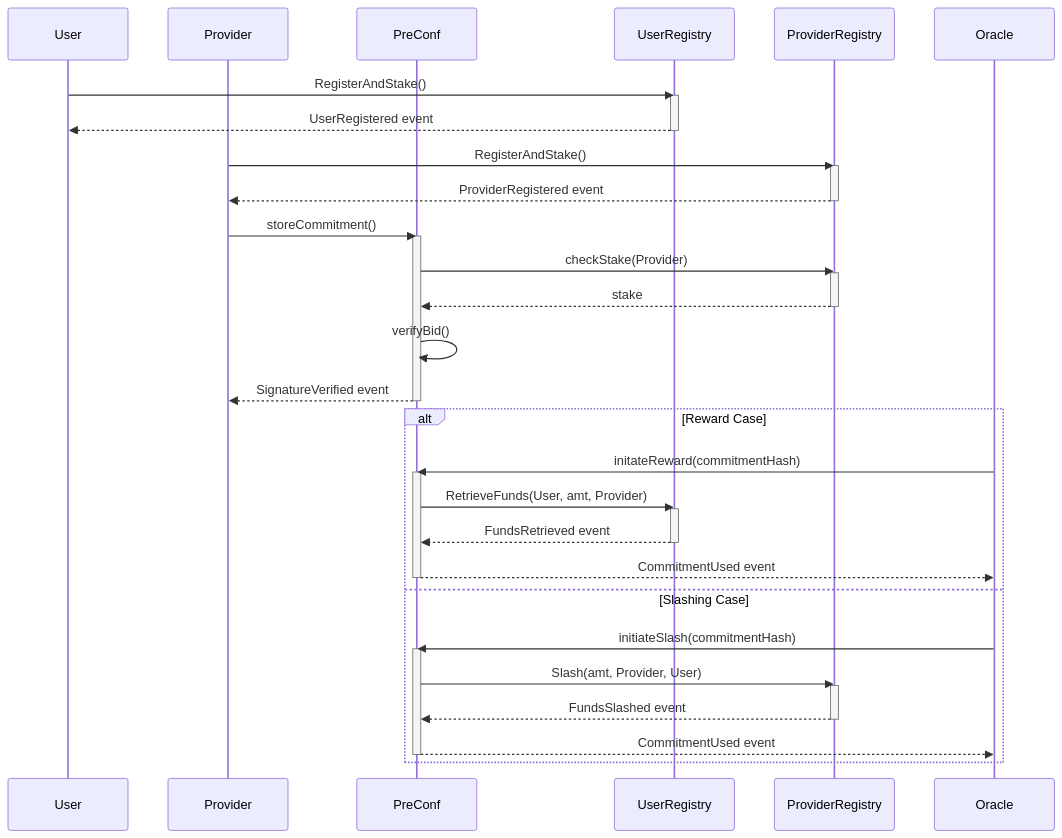
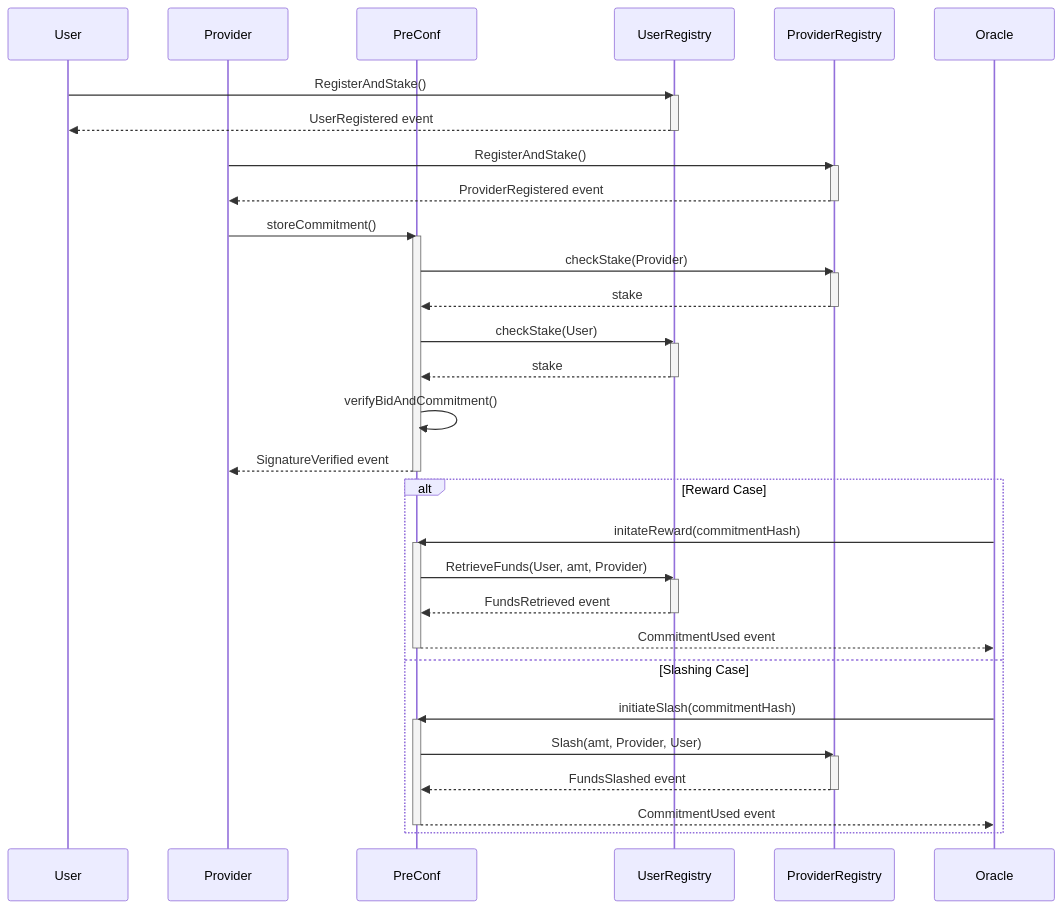
Before and after one commit to primev/contracts: the diagram in README.md, drawn with Mermaid.

Commit message:
Updates the details for the mermaid diagram.

````diff
--- a/README.md
+++ b/README.md
@@ -58,54 +58,59 @@
 ```mermaid
 sequenceDiagram
     participant User
     participant Provider
     participant PreConf
     participant UserRegistry
     participant ProviderRegistry
     participant Oracle
 
     User->>UserRegistry: RegisterAndStake()
     activate UserRegistry
     UserRegistry-->>User: UserRegistered event
     deactivate UserRegistry
 
     Provider->>ProviderRegistry: RegisterAndStake()
     activate ProviderRegistry
     ProviderRegistry-->>Provider: ProviderRegistered event
     deactivate ProviderRegistry
 
     Provider->>PreConf: storeCommitment()
     activate PreConf
     PreConf->>ProviderRegistry: checkStake(Provider)
     activate ProviderRegistry
     ProviderRegistry-->>PreConf: stake
     deactivate ProviderRegistry
 
-    PreConf->>PreConf: verifyBid()
+    PreConf->>UserRegistry: checkStake(User)
+    activate UserRegistry
+    UserRegistry-->>PreConf: stake
+    deactivate UserRegistry
+
+    PreConf->>PreConf: verifyBidAndCommitment()
     PreConf-->>Provider: SignatureVerified event
     deactivate PreConf
 
     alt Reward Case
         Oracle->>PreConf: initateReward(commitmentHash)
         activate PreConf
         PreConf->>UserRegistry: RetrieveFunds(User, amt, Provider)
         activate UserRegistry
         UserRegistry-->>PreConf: FundsRetrieved event
         deactivate UserRegistry
 
         PreConf-->>Oracle: CommitmentUsed event
         deactivate PreConf
 
     else Slashing Case
         Oracle->>PreConf: initiateSlash(commitmentHash)
         activate PreConf
         PreConf->>ProviderRegistry: Slash(amt, Provider, User)
         activate ProviderRegistry
         ProviderRegistry-->>PreConf: FundsSlashed event
         deactivate ProviderRegistry
 
         PreConf-->>Oracle: CommitmentUsed event
         deactivate PreConf
     end
 
 ```
````
